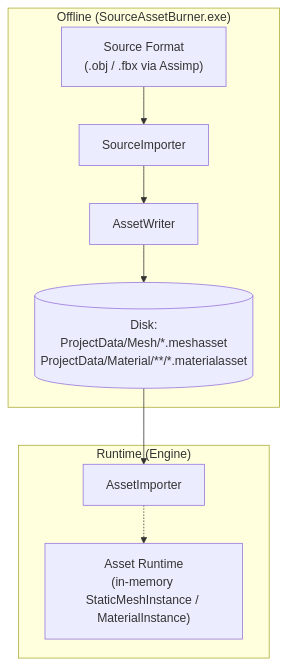
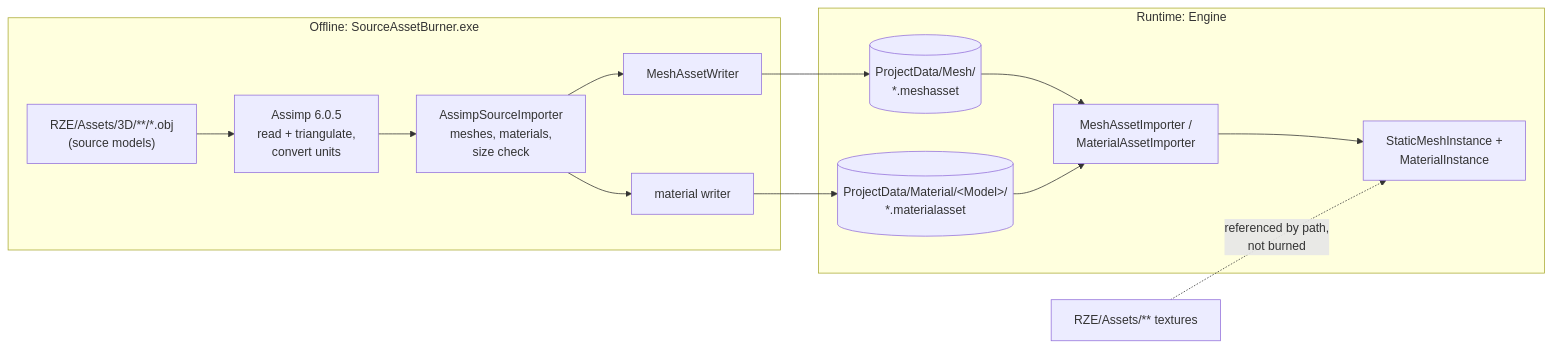
The first of 2 diagrams in Docs/Generated/Engine/05-AssetPipeline/Asset-Burning-Pipeline.md (b1nary0/RZE), drawn with Mermaid before and after one commit. The commit also changed other lines of this file and 4 other files, not shown here.

````diff
--- a/Docs/Generated/Engine/05-AssetPipeline/Asset-Burning-Pipeline.md
+++ b/Docs/Generated/Engine/05-AssetPipeline/Asset-Burning-Pipeline.md
@@ -7,12 +5,17 @@
 ```mermaid
-flowchart TD
-    subgraph Offline["Offline (SourceAssetBurner.exe)"]
-        SF["Source Format<br/>(.obj / .fbx via Assimp)"] --> SI[SourceImporter]
-        SI --> AW[AssetWriter]
-        AW --> Disk[("Disk:<br/>ProjectData/Mesh/*.meshasset<br/>ProjectData/Material/**/*.materialasset")]
+flowchart LR
+    subgraph Offline["Offline: SourceAssetBurner.exe"]
+        Src["RZE/Assets/3D/**/*.obj<br/>(source models)"] --> Assimp["Assimp 6.0.5<br/>read + triangulate,<br/>convert units"]
+        Assimp --> Imp["AssimpSourceImporter<br/>meshes, materials,<br/>size check"]
+        Imp --> W1["MeshAssetWriter"]
+        Imp --> W2["material writer"]
     end
-    subgraph Runtime["Runtime (Engine)"]
-        Disk --> AI[AssetImporter]
-        AI -.-> AR["Asset Runtime<br/>(in-memory StaticMeshInstance / MaterialInstance)"]
+    W1 --> Mesh[("ProjectData/Mesh/<br/>*.meshasset")]
+    W2 --> Mat[("ProjectData/Material/&lt;Model&gt;/<br/>*.materialasset")]
+    subgraph Runtime["Runtime: Engine"]
+        Mesh --> RI["MeshAssetImporter /<br/>MaterialAssetImporter"]
+        Mat --> RI
+        RI --> Live["StaticMeshInstance +<br/>MaterialInstance"]
     end
+    Tex["RZE/Assets/** textures"] -.->|"referenced by path,<br/>not burned"| Live
 ```
````
